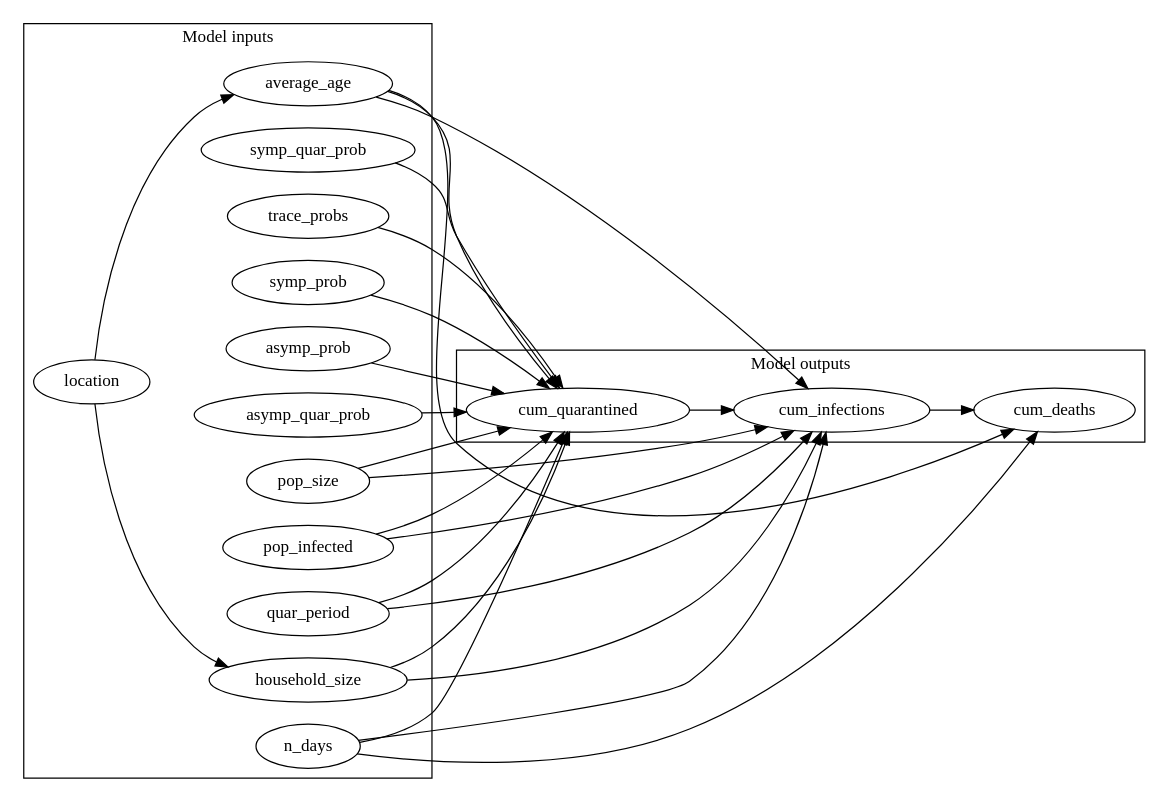
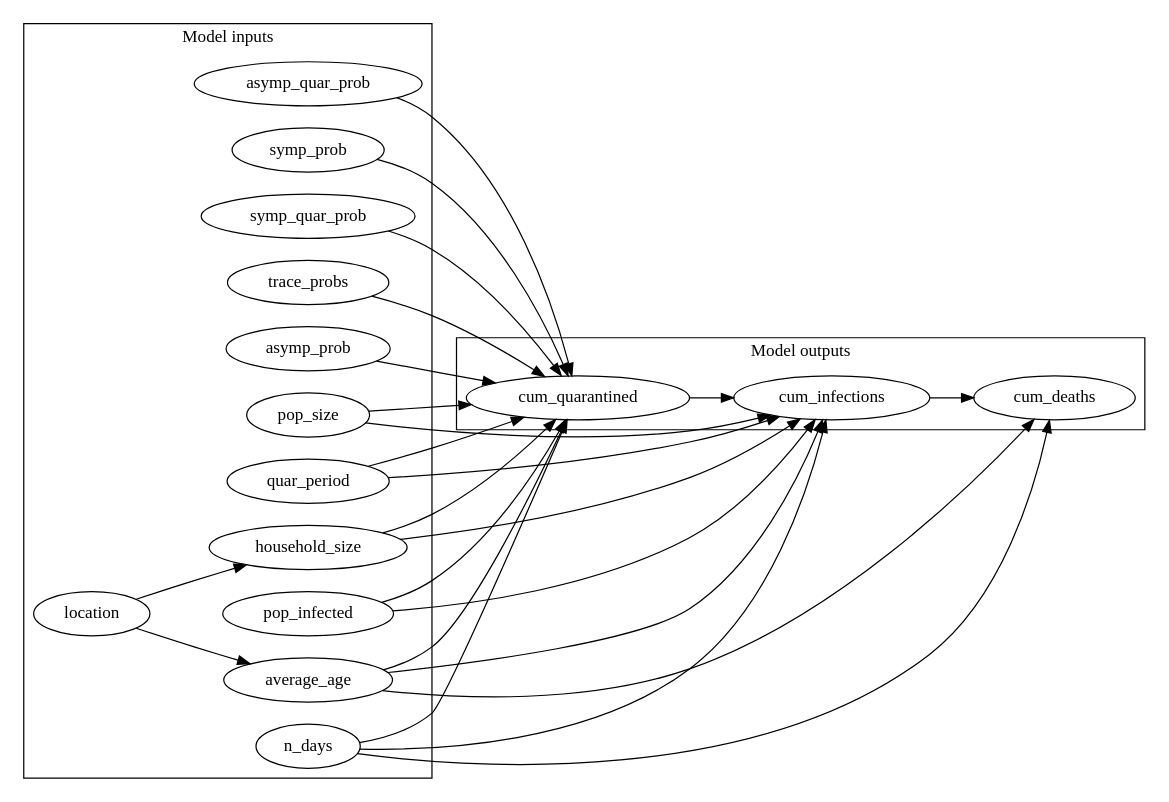
The diagram in scenarios/compare_interventions_abstract/dags/compare_interventions_basic.dot (CITCOM-project/causcumber), drawn with Graphviz before and after one commit. The commit also changed other lines of this file and 8 other files, not shown here.

```diff
--- a/scenarios/compare_interventions_abstract/dags/compare_interventions_basic.dot
+++ b/scenarios/compare_interventions_abstract/dags/compare_interventions_basic.dot
@@ -1,49 +1,49 @@
 digraph "" {
 	graph [newrank=True,
 		rankdir=LR
 	];
 	subgraph cluster_inputs {
 		graph [label="Model inputs"];
-		average_age;
+		symp_prob;
+		location;
+		pop_infected;
 		symp_quar_prob;
 		trace_probs;
+		pop_size;
+		average_age;
+		n_days;
+		asymp_prob;
+		asymp_quar_prob;
 		quar_period;
-		symp_prob;
 		household_size;
-		pop_size;
-		asymp_prob;
-		location;
-		asymp_quar_prob;
-		n_days;
-		pop_infected;
 	}
 	subgraph cluster_outputs {
 		graph [label="Model outputs"];
+		cum_quarantined;
+		cum_deaths;
 		cum_infections;
-		cum_deaths;
-		cum_quarantined;
 	}
-	average_age -> cum_infections;
-	average_age -> cum_deaths;
-	average_age -> cum_quarantined;
+	symp_prob -> cum_quarantined;
+	location -> average_age;
+	location -> household_size;
+	pop_infected -> cum_quarantined;
+	pop_infected -> cum_infections;
 	symp_quar_prob -> cum_quarantined;
 	trace_probs -> cum_quarantined;
+	pop_size -> cum_quarantined;
+	pop_size -> cum_infections;
+	average_age -> cum_quarantined;
+	average_age -> cum_deaths;
+	average_age -> cum_infections;
+	n_days -> cum_quarantined;
+	n_days -> cum_deaths;
+	n_days -> cum_infections;
+	asymp_prob -> cum_quarantined;
+	asymp_quar_prob -> cum_quarantined;
+	quar_period -> cum_quarantined;
 	quar_period -> cum_infections;
-	quar_period -> cum_quarantined;
-	symp_prob -> cum_quarantined;
+	household_size -> cum_quarantined;
 	household_size -> cum_infections;
-	household_size -> cum_quarantined;
-	pop_size -> cum_infections;
-	pop_size -> cum_quarantined;
-	asymp_prob -> cum_quarantined;
-	location -> average_age;
-	location -> household_size;
-	asymp_quar_prob -> cum_quarantined;
-	n_days -> cum_infections;
-	n_days -> cum_deaths;
-	n_days -> cum_quarantined;
-	pop_infected -> cum_infections;
-	pop_infected -> cum_quarantined;
+	cum_quarantined -> cum_infections;
 	cum_infections -> cum_deaths;
-	cum_quarantined -> cum_infections;
 }
```
